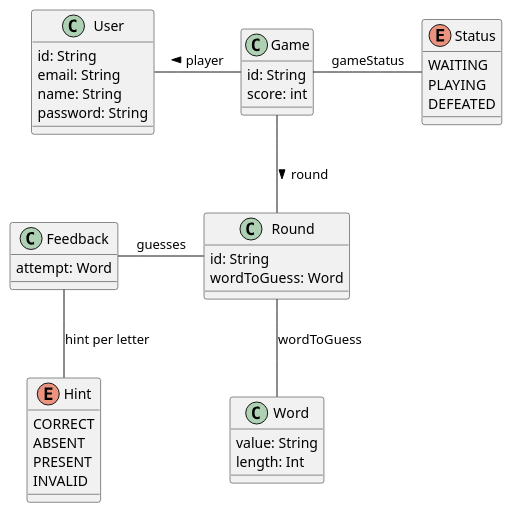
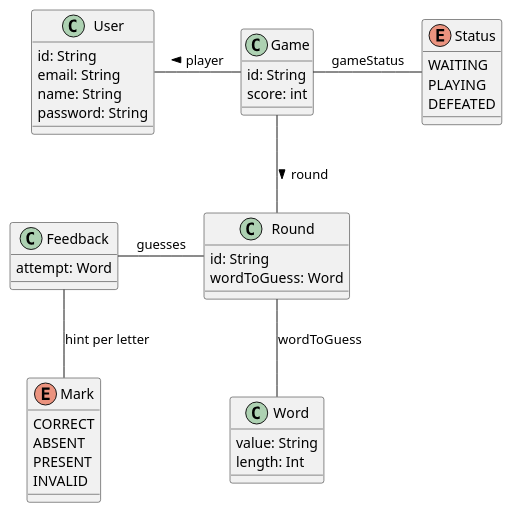
One commit to IR-Baboon/cisq1-lingo changed the diagram in documentatie/domeinmodel.puml. Above: the diagram before and after it, drawn with PlantUML. The commit also changed 3 other files, not shown here.

Commit message:
added Feedback.java FeedbackTest.java, added Mark.java for enumerating de letterstatus, implemented tests and first domain class Feedback

```diff
--- a/documentatie/domeinmodel.puml
+++ b/documentatie/domeinmodel.puml
@@ -1,48 +1,50 @@
 @startuml
 
 Class Game{
     id: String
     score: int
 }
 
 Class Round{
     id: String
     wordToGuess: Word
 }
 
 Class Word{
     value: String
     length: Int
 }
 
 Class Feedback {
     attempt: Word
 }
 
-Enum Hint{
+Enum Mark{
     CORRECT
     ABSENT
     PRESENT
     INVALID
 }
 
 Enum Status{
     WAITING
     PLAYING
     DEFEATED
 }
 
 Class User{
     id: String
     email: String
     name: String
     password: String
 }
 
 Game -left- User : player >
 Game -right- Status : gameStatus
 Game -- Round : round >
 Round -- Word : wordToGuess
 Round -left- Feedback : guesses
-Feedback -down- Hint : hint per letter
+Feedback -down- Mark : hint per letter
+
+
 @enduml
```
